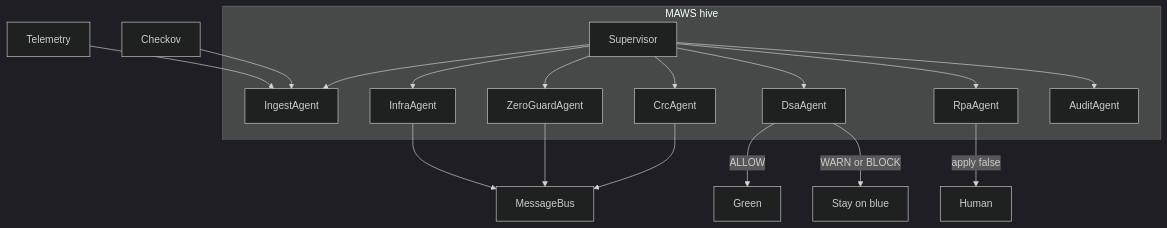
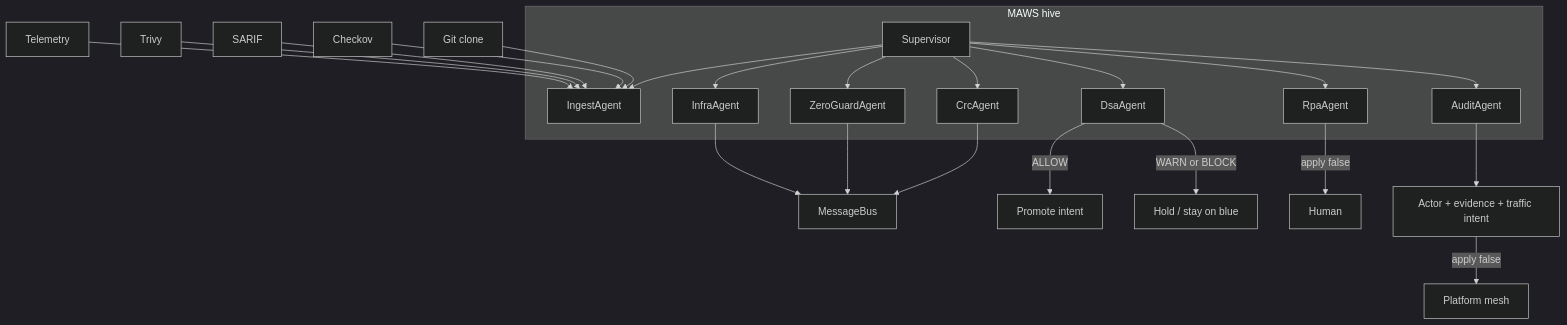
Before and after one commit to harishapuri/MAWS: the diagram in ARCHITECTURE.md, drawn with Mermaid (dark theme). The commit also changed 14 other files, not shown here.

Commit message:
Add corporate adapters and hive architecture for git scan, evidence, and traffic intent.

````diff
--- a/ARCHITECTURE.md
+++ b/ARCHITECTURE.md
@@ -5,28 +5,33 @@
 ```mermaid
 flowchart TB
   subgraph hive [MAWS hive]
     SUP[Supervisor]
     IN[IngestAgent]
     CRC[CrcAgent]
     ZG[ZeroGuardAgent]
     IA[InfraAgent]
     DSA[DsaAgent]
     RPA[RpaAgent]
     AUD[AuditAgent]
     SUP --> IN
     SUP --> CRC
     SUP --> ZG
     SUP --> IA
     SUP --> DSA
     SUP --> RPA
     SUP --> AUD
   end
+  GIT[Git clone] --> IN
   CK[Checkov] --> IN
+  SARIF[SARIF] --> IN
+  TRIVY[Trivy] --> IN
   TEL[Telemetry] --> IN
   CRC --> BUS[MessageBus]
   ZG --> BUS
   IA --> BUS
-  DSA -->|ALLOW| GRN[Green]
-  DSA -->|WARN or BLOCK| BLUE[Stay on blue]
+  DSA -->|ALLOW| GRN[Promote intent]
+  DSA -->|WARN or BLOCK| BLUE[Hold / stay on blue]
   RPA -->|apply false| HUM[Human]
+  AUD --> CORP[Actor + evidence + traffic intent]
+  CORP -->|apply false| MESH[Platform mesh]
 ```
````
